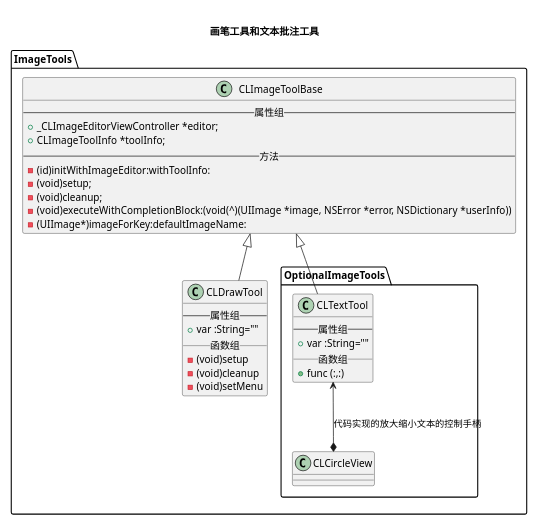
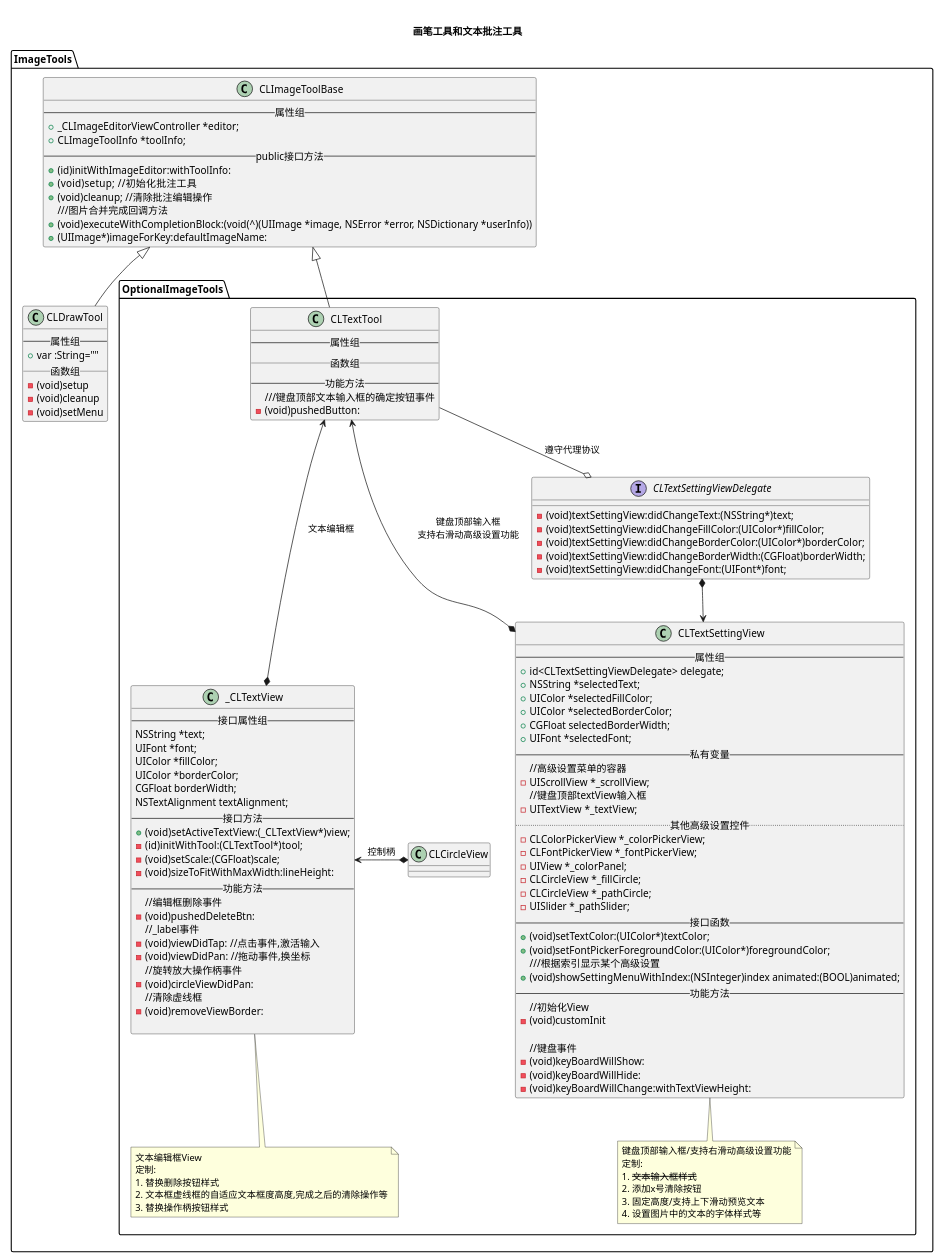
The second of 3 diagrams in source/_drafts/定制开源的CLImageEditor图片编辑工具.md (huos3203/blog), drawn with PlantUML before and after one commit. The commit also changed other lines of this file, not shown here.

Commit message:
完善图片编辑器类图

````diff
--- a/source/_drafts/定制开源的CLImageEditor图片编辑工具.md
+++ b/source/_drafts/定制开源的CLImageEditor图片编辑工具.md
@@ -183,12 +183,13 @@
         --属性组 --
         + _CLImageEditorViewController *editor;
         + CLImageToolInfo *toolInfo;
-        --方法--
-        - (id)initWithImageEditor:withToolInfo:
-        - (void)setup;
-        - (void)cleanup;
-        - (void)executeWithCompletionBlock:(void(^)(UIImage *image, NSError *error, NSDictionary *userInfo))
-        - (UIImage*)imageForKey:defaultImageName:
+        --public接口方法--
+        + (id)initWithImageEditor:withToolInfo:
+        + (void)setup;   //初始化批注工具
+        + (void)cleanup; //清除批注编辑操作
+        ///图片合并完成回调方法
+        + (void)executeWithCompletionBlock:(void(^)(UIImage *image, NSError *error, NSDictionary *userInfo))
+        + (UIImage*)imageForKey:defaultImageName:
 }
     class "CLDrawTool" as drawtool {
         --属性组 --
@@ -201,18 +202,103 @@
    folder "OptionalImageTools"{
     class "CLTextTool" as texttool {
         --属性组 --
-        + var :String=""
         __ 函数组__
-        + func (:,:)
+        --功能方法--
+        ///键盘顶部文本输入框的确定按钮事件
+        - (void)pushedButton:
     }
+    class "_CLTextView" as cltextview {
+        --接口属性组 --
+        NSString *text;
+        UIFont *font;
+        UIColor *fillColor;
+        UIColor *borderColor;
+        CGFloat borderWidth;
+        NSTextAlignment textAlignment;
+        --接口方法--
+        + (void)setActiveTextView:(_CLTextView*)view;
+        - (id)initWithTool:(CLTextTool*)tool;
+        - (void)setScale:(CGFloat)scale;
+        - (void)sizeToFitWithMaxWidth:lineHeight:
+        --功能方法--
+        //编辑框删除事件
+        - (void)pushedDeleteBtn:
+        //_label事件
+        - (void)viewDidTap: //点击事件,激活输入
+        - (void)viewDidPan: //拖动事件,换坐标
+        //旋转放大操作柄事件
+        - (void)circleViewDidPan:
+        //清除虚线框
+        -(void)removeViewBorder:
+
+    } 
+    note bottom of cltextview
+         文本编辑框View
+         定制:
+         1. 替换删除按钮样式
+         2. 文本框虚线框的自适应文本框度高度,完成之后的清除操作等
+         3. 替换操作柄按钮样式
+    end note
     
-    class "CLCircleView" as circle{
+    class "CLTextSettingView" as textsettingview {
+        --属性组 --
+        + id<CLTextSettingViewDelegate> delegate;
+        + NSString *selectedText;
+        + UIColor *selectedFillColor;
+        + UIColor *selectedBorderColor;
+        + CGFloat selectedBorderWidth;
+        + UIFont *selectedFont;
+        --私有变量--
+        //高级设置菜单的容器
+        - UIScrollView *_scrollView;
+        //键盘顶部textView输入框
+        - UITextView *_textView;
+        ..其他高级设置控件..
+        - CLColorPickerView *_colorPickerView;
+        - CLFontPickerView *_fontPickerView;
+        - UIView *_colorPanel;
+        - CLCircleView *_fillCircle;
+        - CLCircleView *_pathCircle;
+        - UISlider *_pathSlider;
+        --接口函数--
+        + (void)setTextColor:(UIColor*)textColor;
+        + (void)setFontPickerForegroundColor:(UIColor*)foregroundColor;
+        ///根据索引显示某个高级设置
+        + (void)showSettingMenuWithIndex:(NSInteger)index animated:(BOOL)animated;
+        --功能方法--
+        //初始化View
+        - (void)customInit
         
+        //键盘事件
+        - (void)keyBoardWillShow:
+        - (void)keyBoardWillHide:
+        - (void)keyBoardWillChange:withTextViewHeight:
+    }
+
+    interface "CLTextSettingViewDelegate" as textsettingdelegate {
+    - (void)textSettingView:didChangeText:(NSString*)text;
+    - (void)textSettingView:didChangeFillColor:(UIColor*)fillColor;
+    - (void)textSettingView:didChangeBorderColor:(UIColor*)borderColor;
+    - (void)textSettingView:didChangeBorderWidth:(CGFloat)borderWidth;
+    - (void)textSettingView:didChangeFont:(UIFont*)font;    
+    }
+    note bottom of textsettingview
+         键盘顶部输入框/支持右滑动高级设置功能
+         定制:
+         1. --文本输入框样式--
+         2. 添加x号清除按钮
+         3. 固定高度/支持上下滑动预览文本
+         4. 设置图片中的文本的字体样式等
+    end note
+    class "CLCircleView" as circle{        
     }
 basetool <|-- drawtool
 basetool <|-- texttool
-circle *-up-> texttool:代码实现的放大缩小文本的控制手柄
-
+circle *-up> cltextview:控制柄
+cltextview *--up-> texttool:文本编辑框
+textsettingview *-up-> texttool:键盘顶部输入框\n支持右滑动高级设置功能
+textsettingdelegate o-up- texttool:遵守代理协议
+textsettingdelegate *-down-> textsettingview
 }
 
 ```
````
